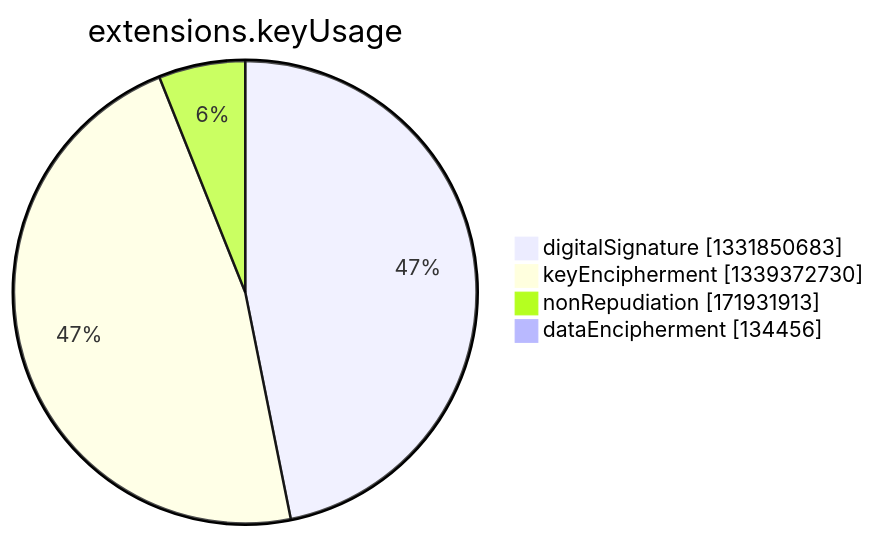
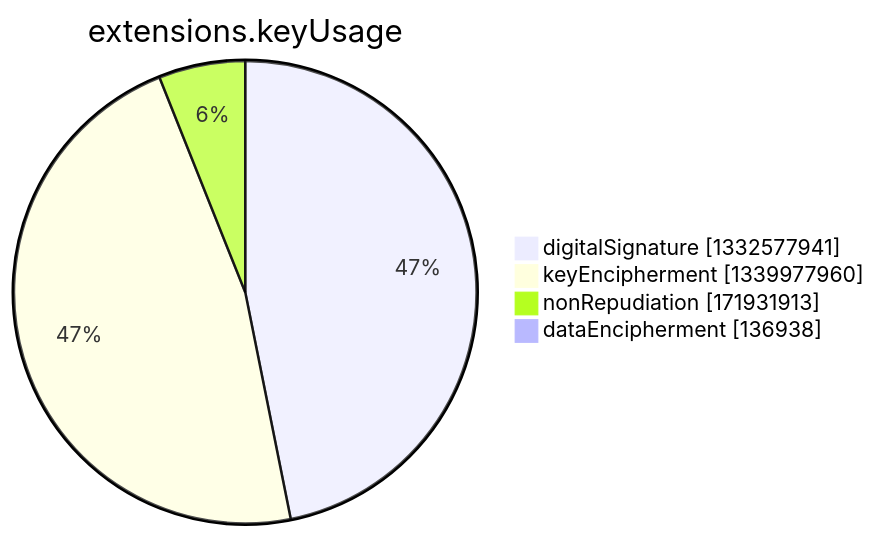
One commit to christiankrug/ctmonitor_visualization changed the seventh of 15 diagrams in argon2022/README.md. Above: the diagram before and after it, drawn with Mermaid. The commit also changed other lines of this file, not shown here.

````diff
--- a/argon2022/README.md
+++ b/argon2022/README.md
@@ -2750,8 +2750,8 @@
 ```mermaid
 pie showData
 title extensions.keyUsage
-"digitalSignature" :1331850683
-"keyEncipherment" :1339372730
+"digitalSignature" :1332577941
+"keyEncipherment" :1339977960
 "nonRepudiation" :171931913
-"dataEncipherment" :134456
+"dataEncipherment" :136938
 ```
````
